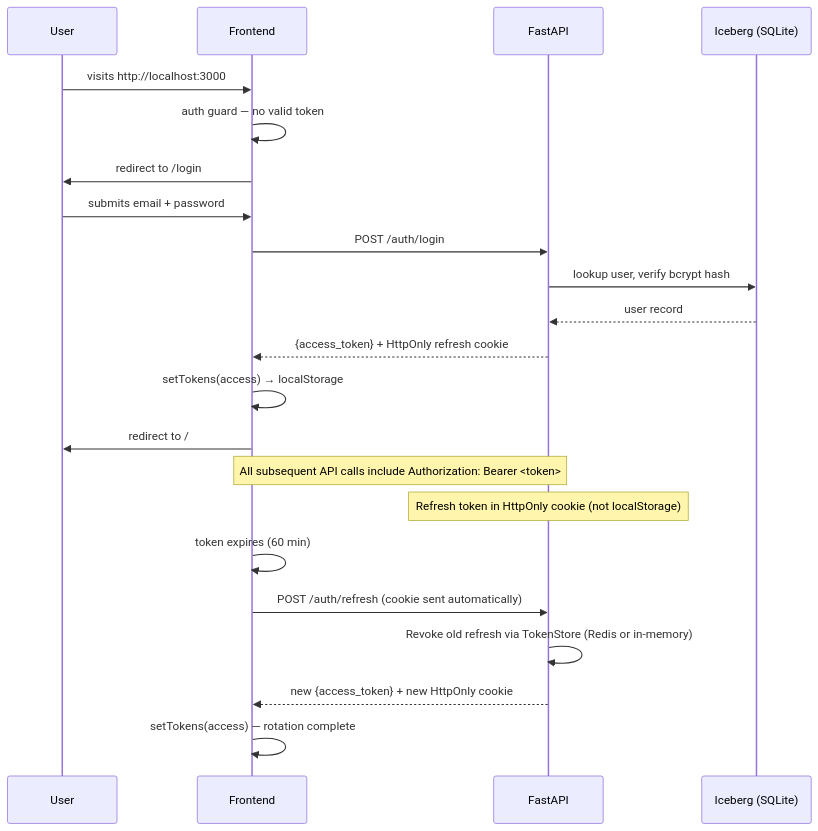
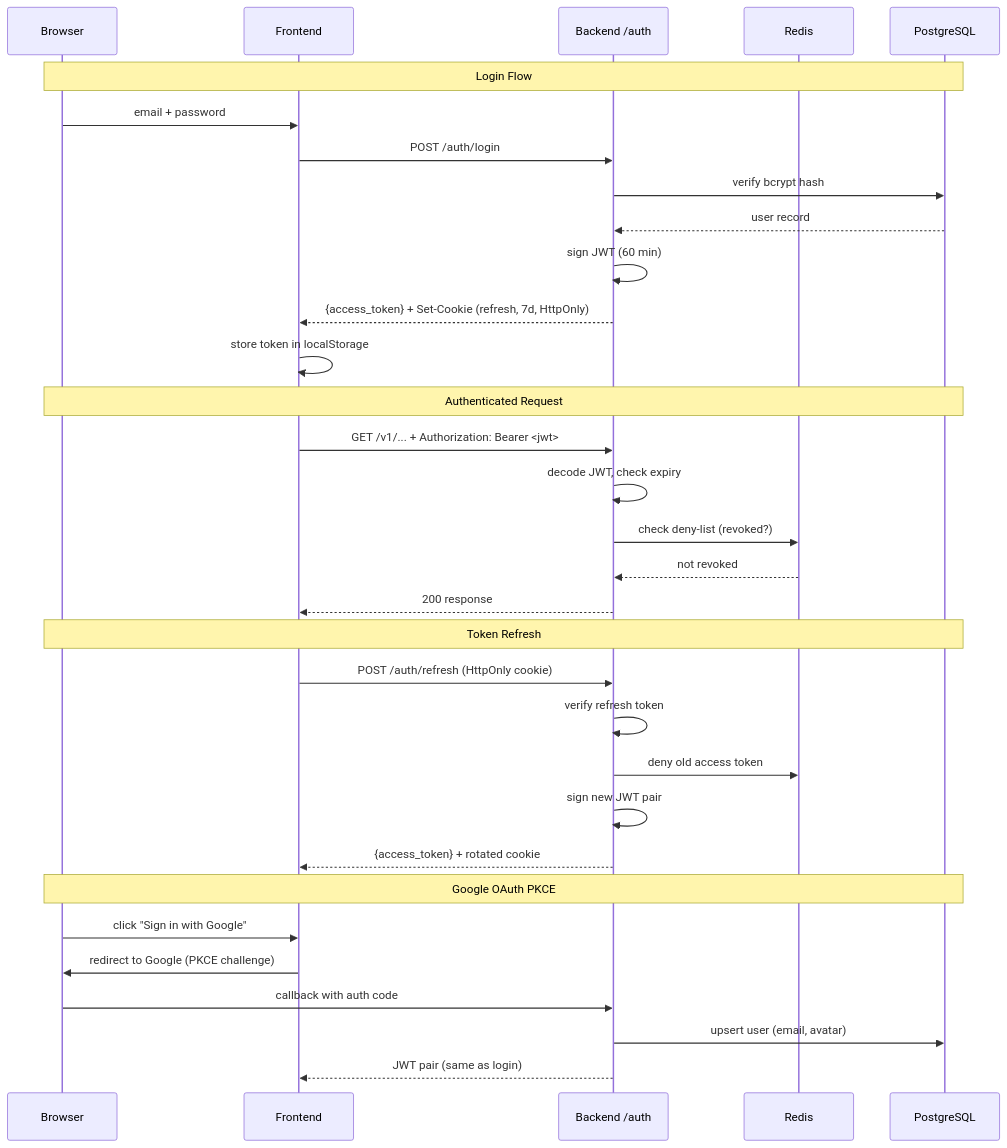
One commit to asequitytrading-design/ai-agent-ui changed the third of 4 diagrams in README.md. Above: the diagram before and after it, drawn with Mermaid. The commit also changed other lines of this file and 228 other files, not shown here.

````diff
--- a/README.md
+++ b/README.md
@@ -320,28 +163,38 @@
 ```mermaid
 sequenceDiagram
-    participant U as User
-    participant FE as Frontend
-    participant BE as FastAPI
-    participant DB as Iceberg (SQLite)
+    participant B as Browser
+    participant F as Frontend
+    participant A as Backend /auth
+    participant R as Redis
+    participant P as PostgreSQL
 
-    U->>FE: visits http://localhost:3000
-    FE->>FE: auth guard — no valid token
-    FE->>U: redirect to /login
+    Note over B,P: Login Flow
+    B->>F: email + password
+    F->>A: POST /auth/login
+    A->>P: verify bcrypt hash
+    P-->>A: user record
+    A->>A: sign JWT (60 min)
+    A-->>F: {access_token} + Set-Cookie (refresh, 7d, HttpOnly)
+    F->>F: store token in localStorage
 
-    U->>FE: submits email + password
-    FE->>BE: POST /auth/login
-    BE->>DB: lookup user, verify bcrypt hash
-    DB-->>BE: user record
-    BE-->>FE: {access_token} + HttpOnly refresh cookie
-    FE->>FE: setTokens(access) → localStorage
-    FE->>U: redirect to /
+    Note over B,P: Authenticated Request
+    F->>A: GET /v1/... + Authorization: Bearer <jwt>
+    A->>A: decode JWT, check expiry
+    A->>R: check deny-list (revoked?)
+    R-->>A: not revoked
+    A-->>F: 200 response
 
-    Note over FE,BE: All subsequent API calls include Authorization: Bearer <token>
-    Note over BE: Refresh token in HttpOnly cookie (not localStorage)
+    Note over B,P: Token Refresh
+    F->>A: POST /auth/refresh (HttpOnly cookie)
+    A->>A: verify refresh token
+    A->>R: deny old access token
+    A->>A: sign new JWT pair
+    A-->>F: {access_token} + rotated cookie
 
-    FE->>FE: token expires (60 min)
-    FE->>BE: POST /auth/refresh (cookie sent automatically)
-    BE->>BE: Revoke old refresh via TokenStore (Redis or in-memory)
-    BE-->>FE: new {access_token} + new HttpOnly cookie
-    FE->>FE: setTokens(access) — rotation complete
+    Note over B,P: Google OAuth PKCE
+    B->>F: click "Sign in with Google"
+    F->>B: redirect to Google (PKCE challenge)
+    B->>A: callback with auth code
+    A->>P: upsert user (email, avatar)
+    A-->>F: JWT pair (same as login)
 ```
````
